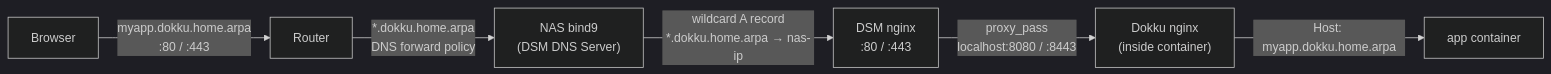
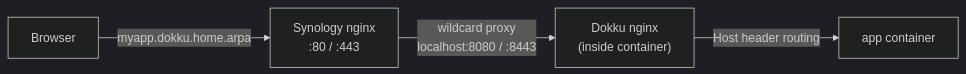
One commit to pjaol/dokku-synology changed the second of 2 diagrams in README.md. Above: the diagram before and after it, drawn with Mermaid (dark theme). The commit also changed other lines of this file, not shown here.

Commit message:
docs: rewrite README with assumptions, Dokku intro, workflow, and DNS explanation

````diff
--- a/README.md
+++ b/README.md
@@ -24,8 +55,6 @@
 ```mermaid
 flowchart LR
-    Browser -->|"myapp.dokku.home.arpa\n:80 / :443"| Router
-    Router -->|"*.dokku.home.arpa\nDNS forward policy"| NAS_DNS["NAS bind9\n(DSM DNS Server)"]
-    NAS_DNS -->|"wildcard A record\n*.dokku.home.arpa → nas-ip"| DSM_Nginx["DSM nginx\n:80 / :443"]
-    DSM_Nginx -->|"proxy_pass\nlocalhost:8080 / :8443"| Dokku_Nginx["Dokku nginx\n(inside container)"]
-    Dokku_Nginx -->|"Host: myapp.dokku.home.arpa"| App["app container"]
+    Browser -->|"myapp.dokku.home.arpa"| SynNginx["Synology nginx\n:80 / :443"]
+    SynNginx -->|"wildcard proxy\nlocalhost:8080 / :8443"| DokkuNginx["Dokku nginx\n(inside container)"]
+    DokkuNginx -->|"Host header routing"| App["app container"]
 ```
````
